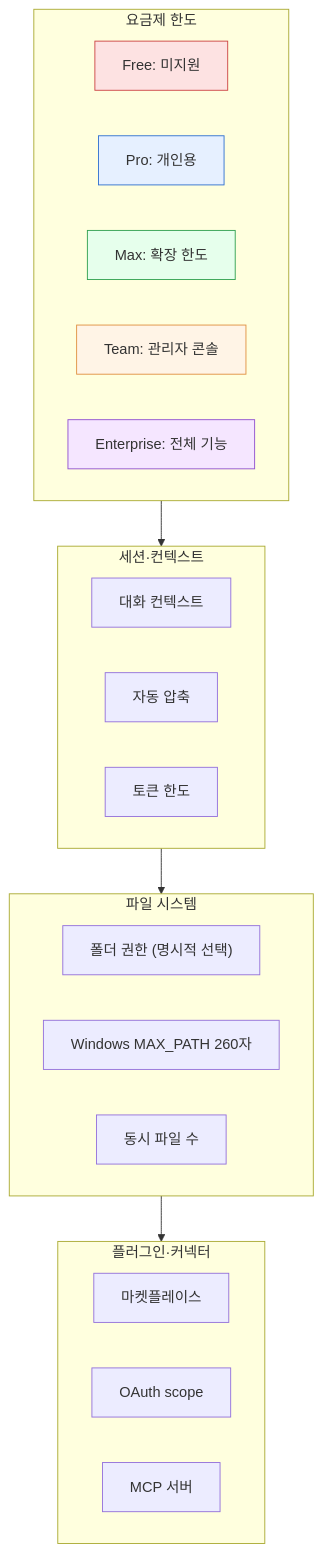
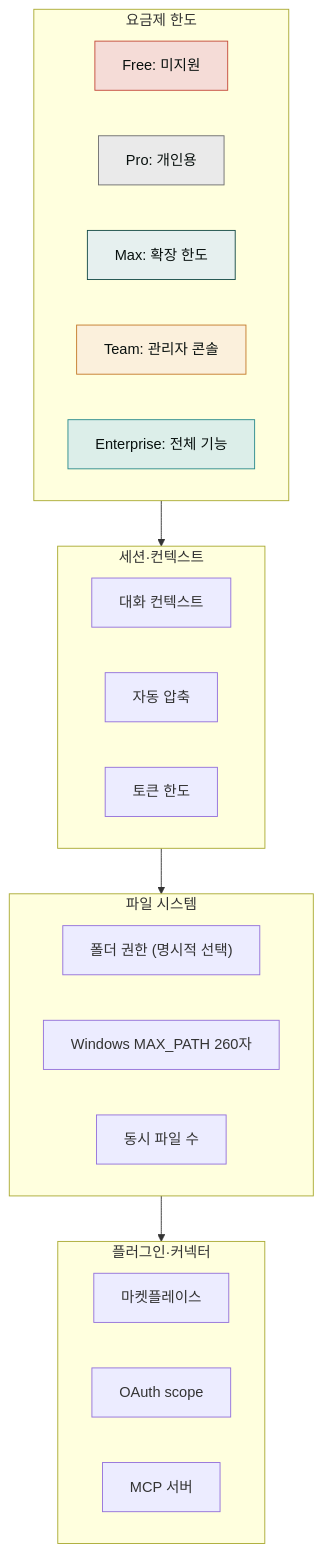
The diagram in content/cowork/constraints.md (modu-ai/claude), drawn with Mermaid before and after one commit. The commit also changed 97 other files, not shown here.

First line of the commit message:
style(docs-site): mermaid 색상 브랜드 정합 + 라이트 테마 단일화

````diff
--- a/content/cowork/constraints.md
+++ b/content/cowork/constraints.md
@@ -11,38 +11,38 @@
 ```mermaid
 flowchart TB
     subgraph Plan["요금제 한도"]
         FREE["Free: 미지원"]
         PRO["Pro: 개인용"]
         MAX["Max: 확장 한도"]
         TEAM["Team: 관리자 콘솔"]
         ENT["Enterprise: 전체 기능"]
     end
 
     subgraph Session["세션·컨텍스트"]
         CTX["대화 컨텍스트"]
         COMP["자동 압축"]
         TK["토큰 한도"]
     end
 
     subgraph FileSystem["파일 시스템"]
         PERM["폴더 권한 (명시적 선택)"]
         PATH["Windows MAX_PATH 260자"]
         FILES["동시 파일 수"]
     end
 
     subgraph Plugin["플러그인·커넥터"]
         MKT["마켓플레이스"]
         OAUTH["OAuth scope"]
         MCP["MCP 서버"]
     end
 
     Plan --> Session
     Session --> FileSystem
     FileSystem --> Plugin
 
-    style FREE fill:#fde2e2,stroke:#c44
-    style PRO fill:#e6f0ff,stroke:#3070d0
-    style MAX fill:#e6ffec,stroke:#30a050
-    style TEAM fill:#fff4e6,stroke:#e09040
-    style ENT fill:#f5e6ff,stroke:#9050d0
+    style FREE fill:#f5dcd7,stroke:#c44a3a,color:#09110f
+    style PRO fill:#eaeaea,stroke:#6e6e6e,color:#09110f
+    style MAX fill:#e6f0ef,stroke:#144a46,color:#09110f
+    style TEAM fill:#fbf0dc,stroke:#c47b2a,color:#09110f
+    style ENT fill:#dceee9,stroke:#2a8a8c,color:#09110f
 ```
````
